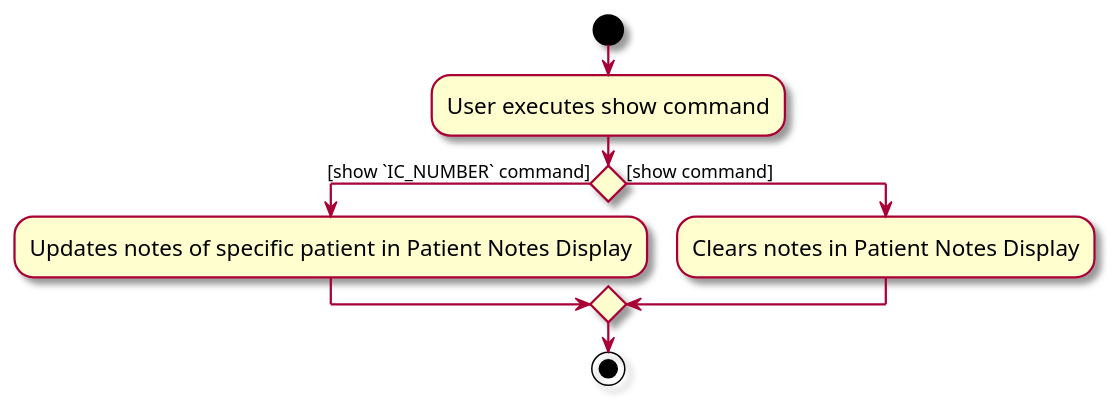
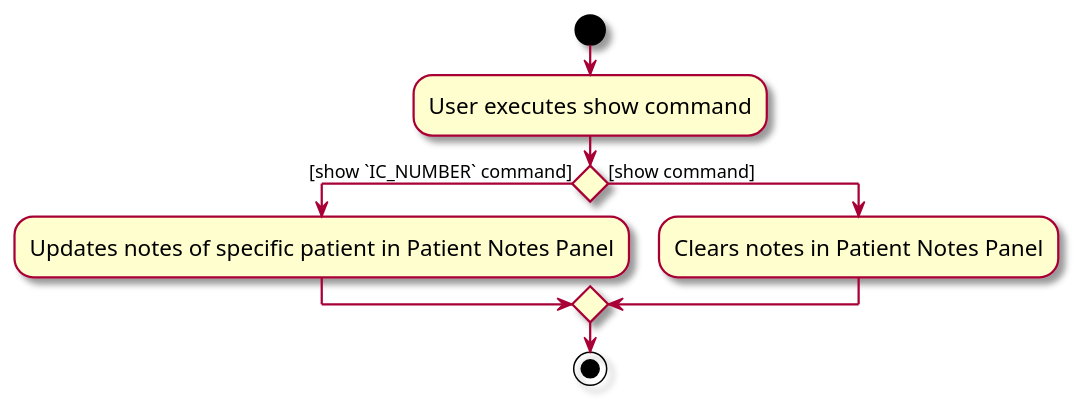
Before and after one commit to AY2324S2-CS2103T-F14-2/tp: the diagram in diagrams/ShowCommandActivityDiagram.puml, drawn with PlantUML. The commit also changed 32 other files, not shown here.

```diff
--- a/diagrams/ShowCommandActivityDiagram.puml
+++ b/diagrams/ShowCommandActivityDiagram.puml
@@ -1,18 +1,18 @@
 @startuml
 skin rose
 skinparam ActivityFontSize 15
 skinparam ArrowFontSize 12
 start
 :User executes show command;
 
 'Since the beta syntax does not support placing the condition outside the
 'diamond we place it as the true branch instead.
 
 if () then ([show `IC_NUMBER` command])
-    :Updates notes of specific patient in Patient Notes Display;
+    :Updates notes of specific patient in Patient Notes Panel;
 else ([show command])
-    :Clears notes in Patient Notes Display;
+    :Clears notes in Patient Notes Panel;
 
 endif
 stop
 @enduml
```
